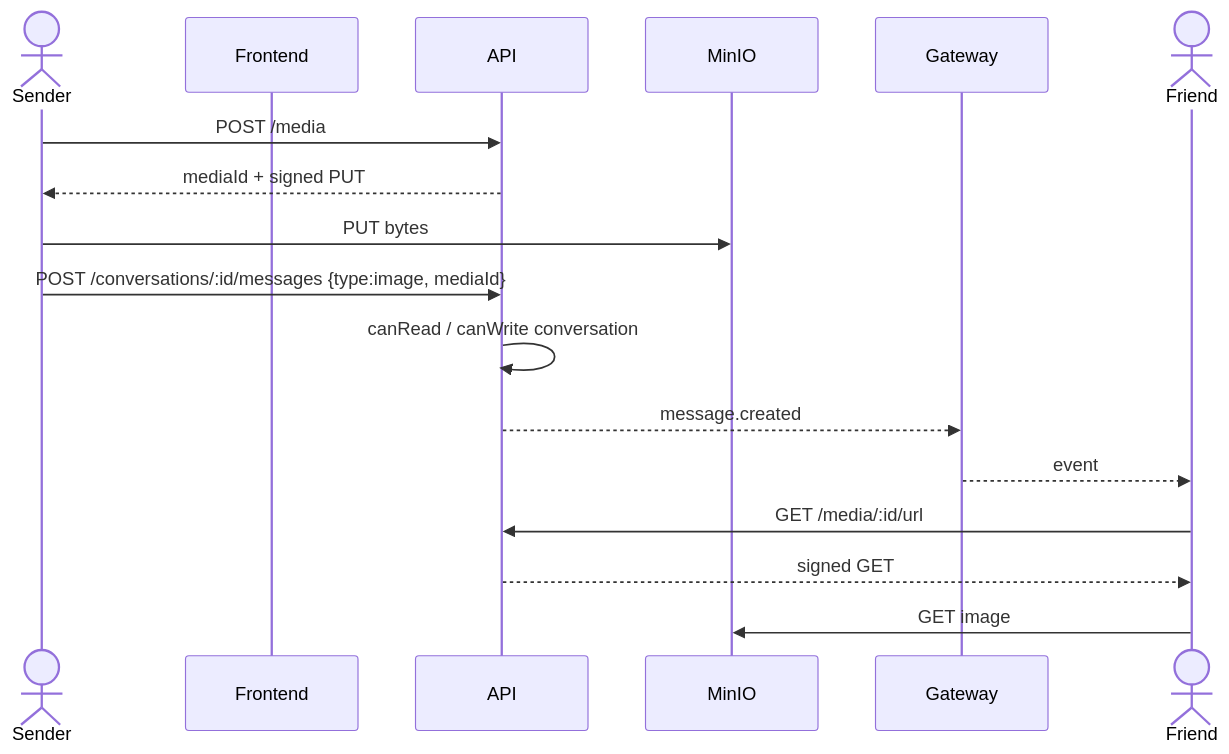
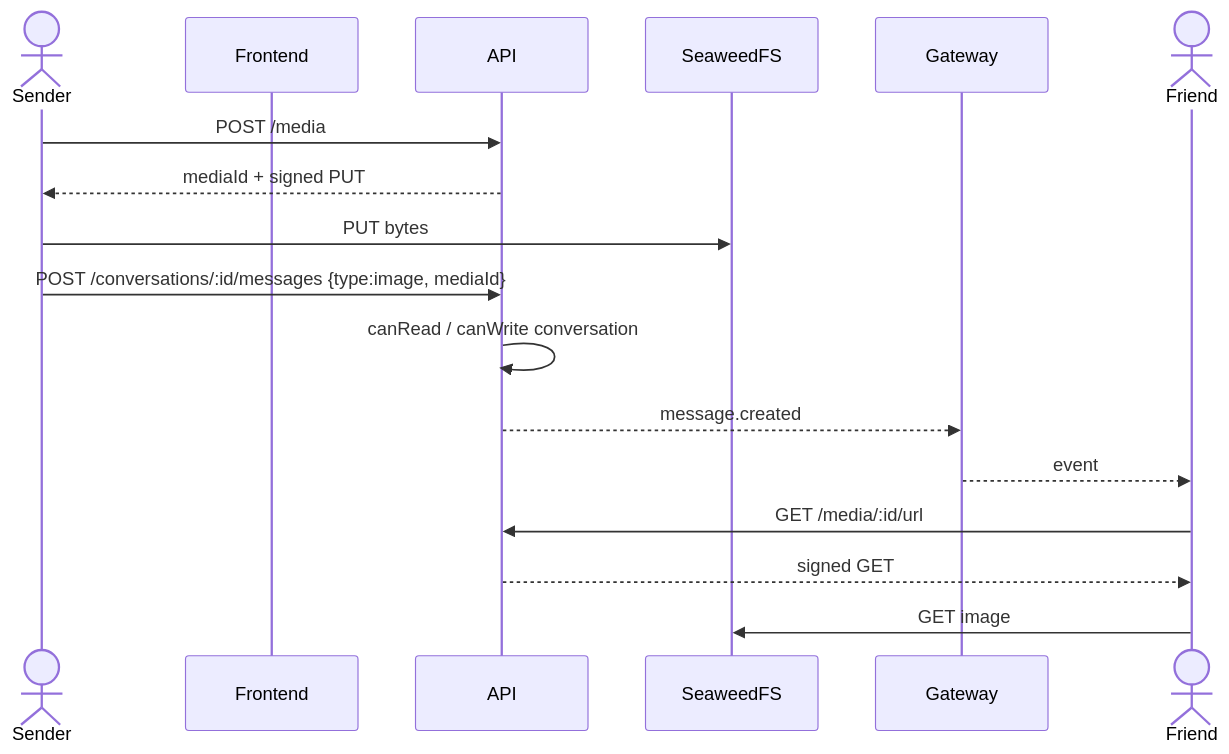
The fourth of 5 diagrams in 60-UML-diagrams/03-Sequence.md (Projet-de-compensation-2025-2026/gym-buddy-documentation), drawn with Mermaid before and after one commit. The commit also changed 58 other files, not shown here.

````diff
--- a/60-UML-diagrams/03-Sequence.md
+++ b/60-UML-diagrams/03-Sequence.md
@@ -79,20 +79,20 @@
 ```mermaid
 sequenceDiagram
   actor A as Sender
   participant FE as Frontend
   participant API as API
-  participant S3 as MinIO
+  participant S3 as SeaweedFS
   participant WS as Gateway
   actor B as Friend
 
   A->>API: POST /media
   API-->>A: mediaId + signed PUT
   A->>S3: PUT bytes
   A->>API: POST /conversations/:id/messages {type:image, mediaId}
   API->>API: canRead / canWrite conversation
   API-->>WS: message.created
   WS-->>B: event
   B->>API: GET /media/:id/url
   API-->>B: signed GET
   B->>S3: GET image
 ```
````
